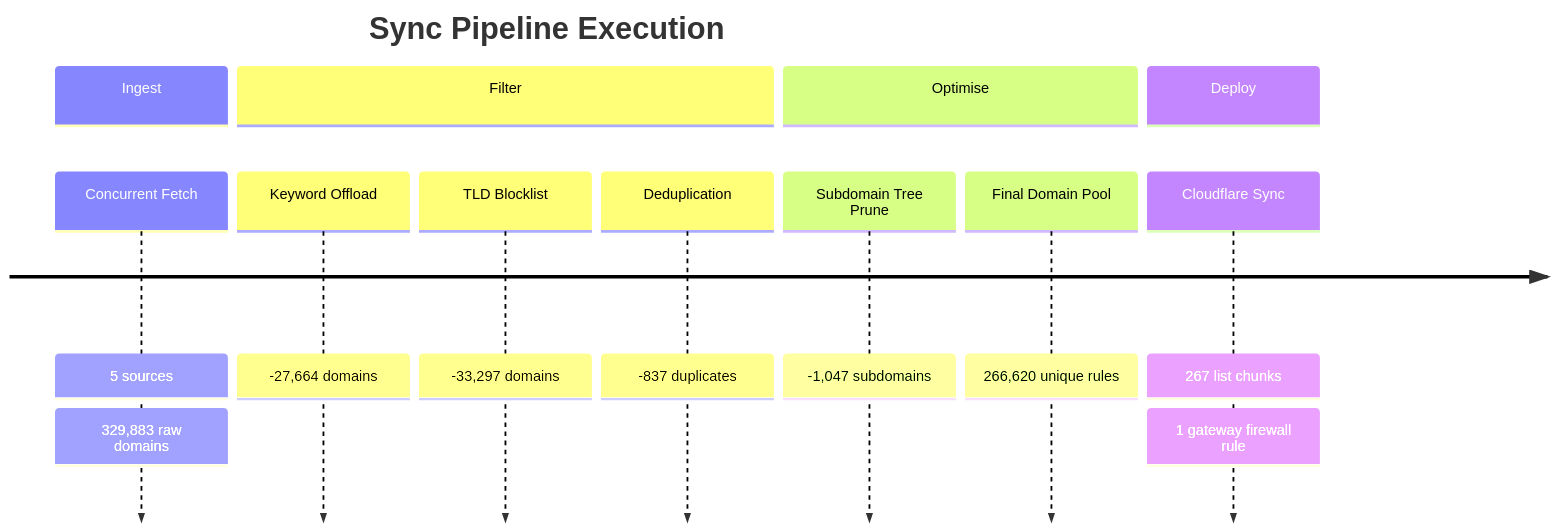
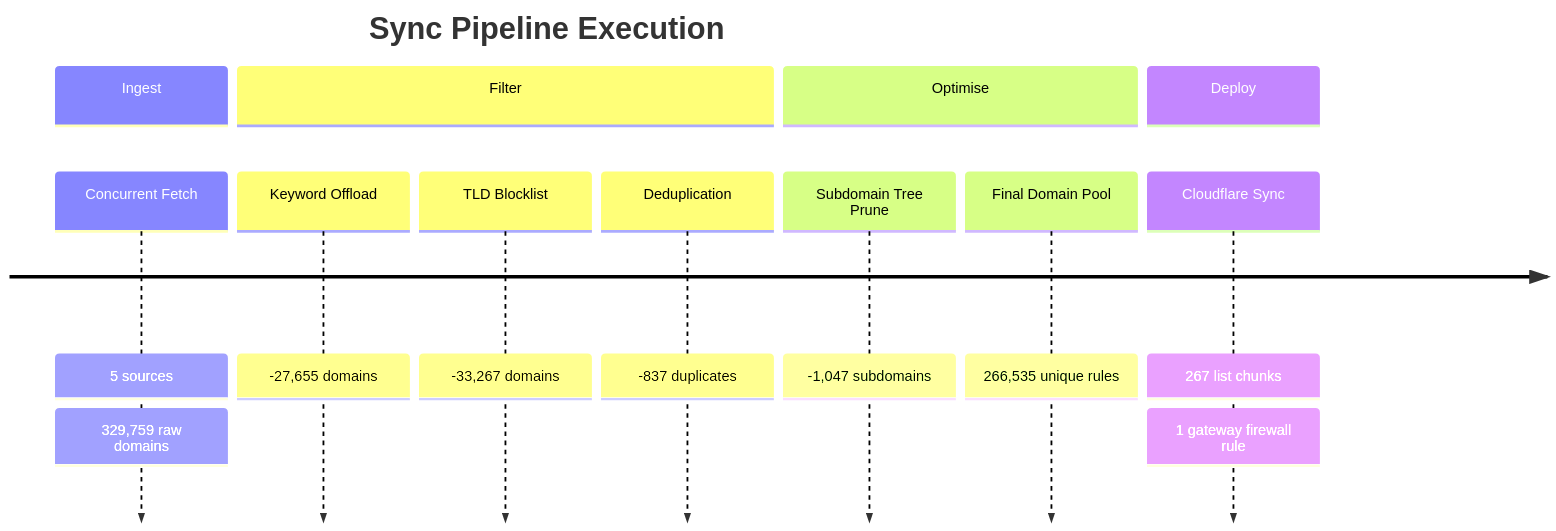
Before and after one commit to brojangles24/Cloudflare-ZeroTrust-AdBlock: the second of 6 diagrams in README_STATS.md, drawn with Mermaid. The commit also changed other lines of this file and 1 other file, not shown here.

````diff
--- a/README_STATS.md
+++ b/README_STATS.md
@@ -54,17 +54,17 @@
 ```mermaid
 timeline
     title Sync Pipeline Execution
     section Ingest
         Concurrent Fetch   : 5 sources
-                           : 329,883 raw domains
+                           : 329,759 raw domains
     section Filter
-        Keyword Offload    : -27,664 domains
-        TLD Blocklist      : -33,297 domains
+        Keyword Offload    : -27,655 domains
+        TLD Blocklist      : -33,267 domains
         Deduplication      : -837 duplicates
     section Optimise
         Subdomain Tree Prune : -1,047 subdomains
-        Final Domain Pool    : 266,620 unique rules
+        Final Domain Pool    : 266,535 unique rules
     section Deploy
         Cloudflare Sync    : 267 list chunks
                            : 1 gateway firewall rule
 ```
````
